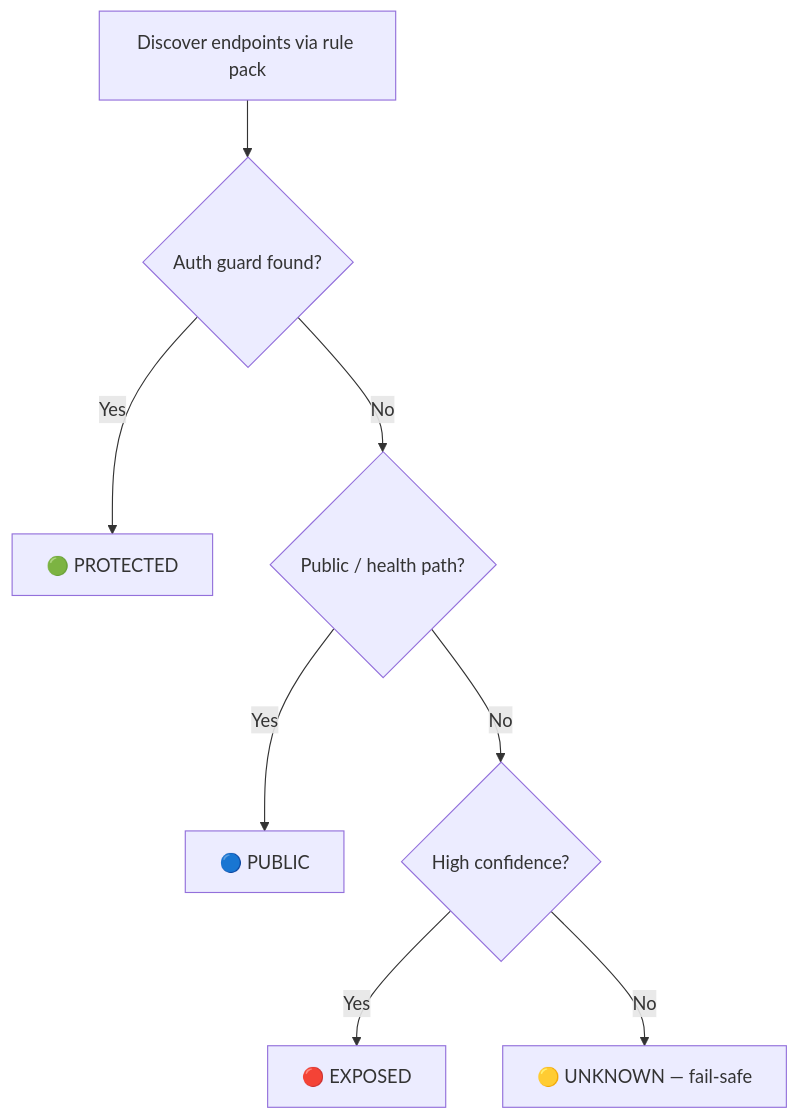
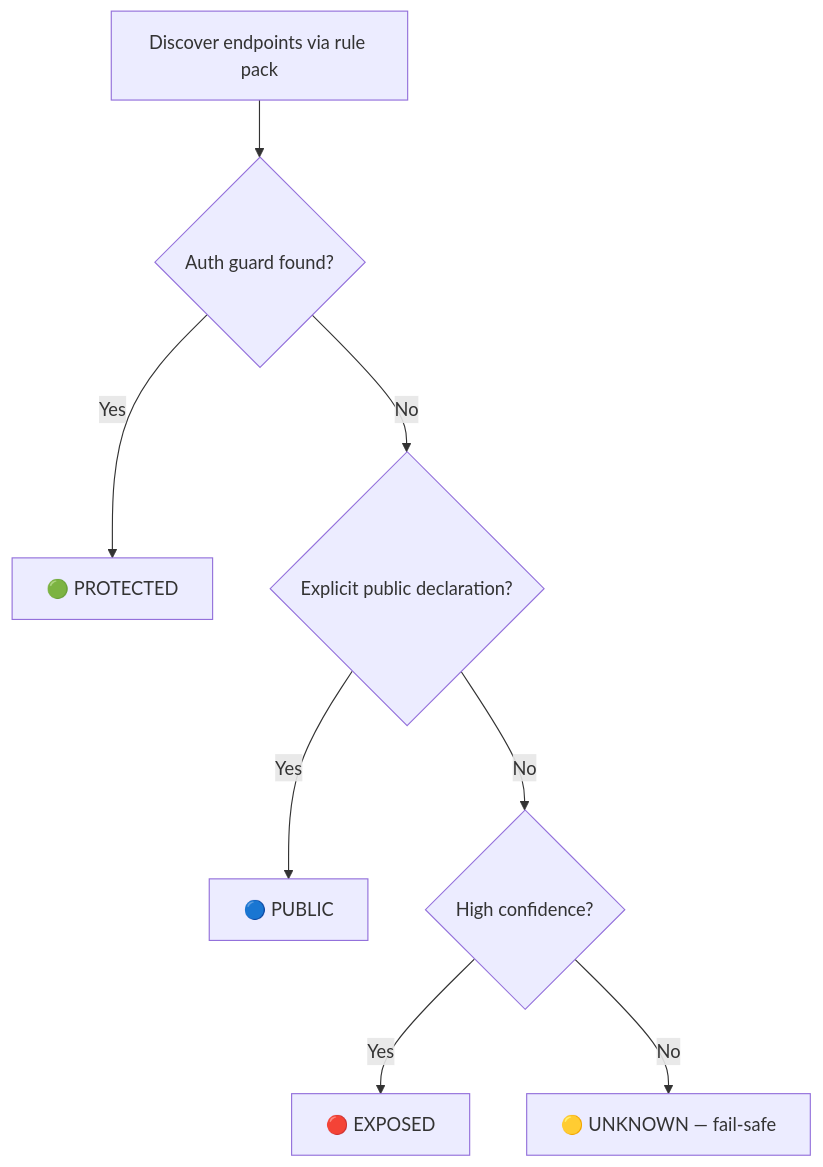
One commit to cipheraenys/endpoint-auth-mapper changed the diagram in README.md. Above: the diagram before and after it, drawn with Mermaid. The commit also changed other lines of this file and 14 other files, not shown here.

````diff
--- a/README.md
+++ b/README.md
@@ -142,10 +144,10 @@
 ```mermaid
 flowchart TD
     A[Discover endpoints via rule pack] --> B{Auth guard found?}
     B -->|Yes| C["🟢 PROTECTED"]
-    B -->|No| D{Public / health path?}
+    B -->|No| D{Explicit public declaration?}
     D -->|Yes| E["🔵 PUBLIC"]
     D -->|No| F{High confidence?}
     F -->|Yes| G["🔴 EXPOSED"]
     F -->|No| H["🟡 UNKNOWN — fail-safe"]
 ```
````
